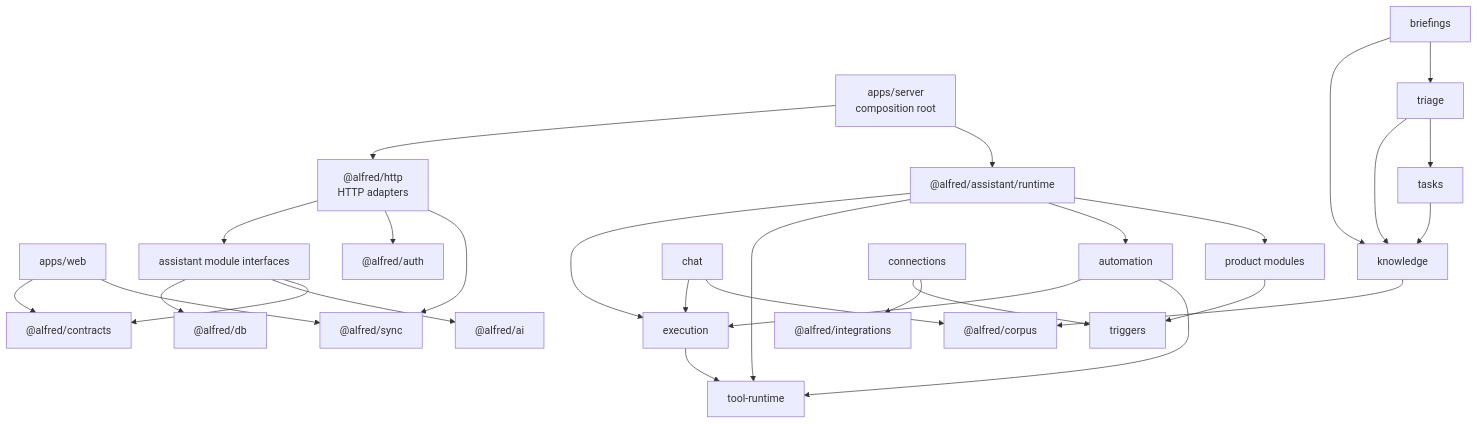
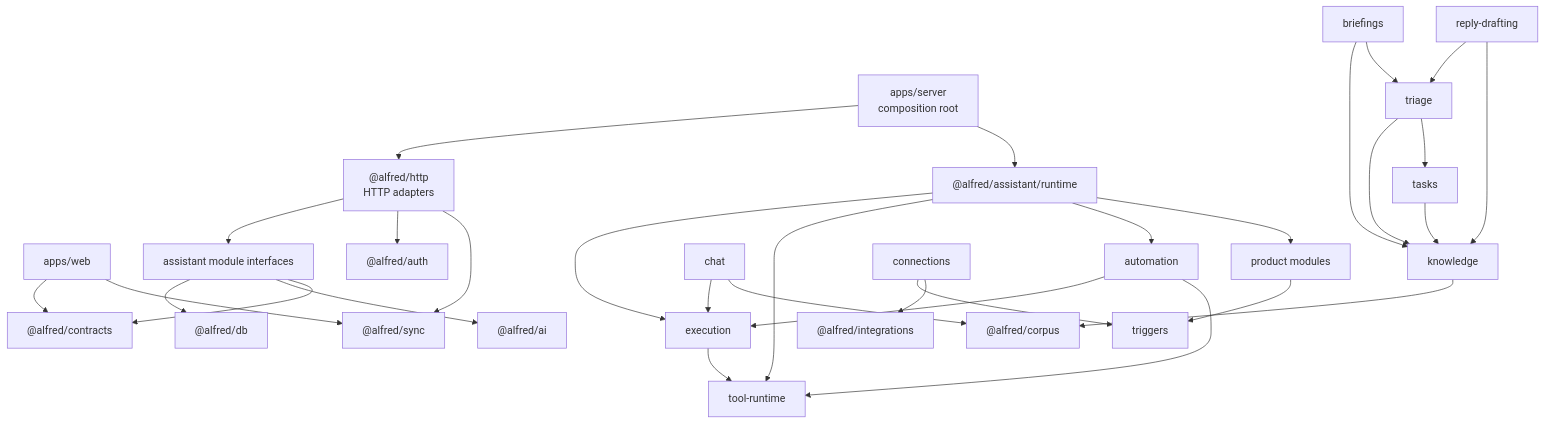
One commit to 99Yash/alfred changed the diagram in docs/plans/agent-friendly-module-structure.md. Above: the diagram before and after it, drawn with Mermaid. The commit also changed other lines of this file and 34 other files, not shown here.

First line of the commit message:
Reply drafting: add the gate-first foundation behind a default-OFF flag (#243)

````diff
--- a/docs/plans/agent-friendly-module-structure.md
+++ b/docs/plans/agent-friendly-module-structure.md
@@ -291,37 +292,39 @@
 ```mermaid
 flowchart TD
   server["apps/server<br/>composition root"] --> http["@alfred/http<br/>HTTP adapters"]
   server --> runtime["@alfred/assistant/runtime"]
   web["apps/web"] --> contracts["@alfred/contracts"]
   web --> sync["@alfred/sync"]
 
   http --> assistant["assistant module interfaces"]
   http --> auth["@alfred/auth"]
   http --> sync
 
   runtime --> execution
   runtime --> tool_runtime["tool-runtime"]
   runtime --> automation
   runtime --> product["product modules"]
 
   automation --> execution
   automation --> tool_runtime
   chat --> execution
   execution --> tool_runtime
 
   briefings --> knowledge
   briefings --> triage
   triage --> knowledge
   triage --> tasks
   tasks --> knowledge
+  reply_drafting["reply-drafting"] --> triage
+  reply_drafting --> knowledge
 
   product --> triggers
   connections --> triggers
   connections --> integrations["@alfred/integrations"]
   chat --> corpus["@alfred/corpus"]
   knowledge --> corpus
 
   assistant --> db["@alfred/db"]
   assistant --> ai["@alfred/ai"]
   assistant --> contracts
 ```
````
